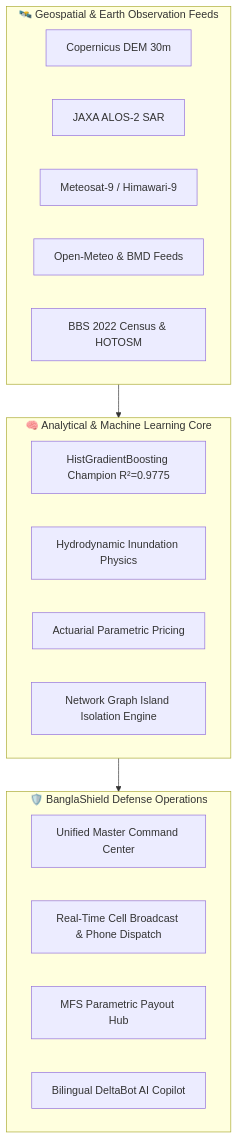
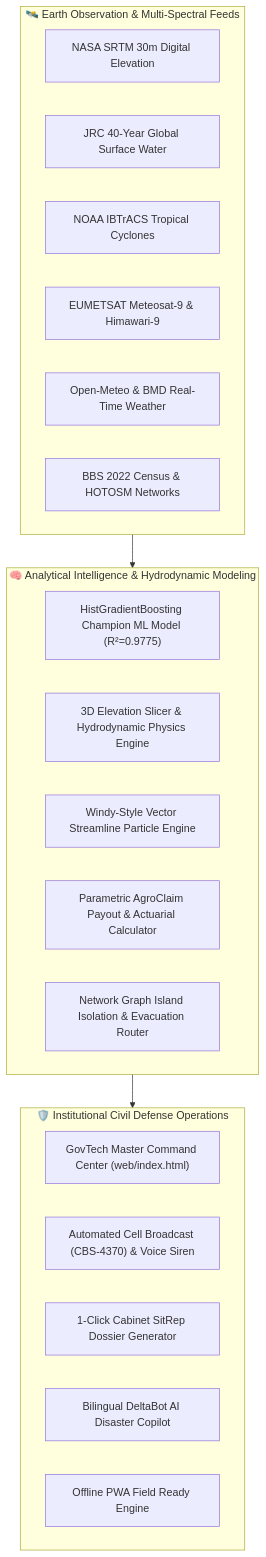
The diagram in README.md (ReaduanulFaridFahim/climate-risk-urban-flood-intelligence), drawn with Mermaid before and after one commit. The commit also changed other lines of this file, not shown here.

Commit message:
docs: overhaul README with live demo badges, 3D elevation sandbox, and wind particle engine documentation

````diff
--- a/README.md
+++ b/README.md
@@ -63,27 +86,30 @@
 ```mermaid
 flowchart TD
-    subgraph DataSources["🛰️ Geospatial & Earth Observation Feeds"]
-        A1[Copernicus DEM 30m]
-        A2[JAXA ALOS-2 SAR]
-        A3[Meteosat-9 / Himawari-9]
-        A4[Open-Meteo & BMD Feeds]
-        A5[BBS 2022 Census & HOTOSM]
+    subgraph DataFeeds["🛰️ Earth Observation & Multi-Spectral Feeds"]
+        A1["NASA SRTM 30m Digital Elevation"]
+        A2["JRC 40-Year Global Surface Water"]
+        A3["NOAA IBTrACS Tropical Cyclones"]
+        A4["EUMETSAT Meteosat-9 & Himawari-9"]
+        A5["Open-Meteo & BMD Real-Time Weather"]
+        A6["BBS 2022 Census & HOTOSM Networks"]
     end
 
-    subgraph Analytics["🧠 Analytical & Machine Learning Core"]
-        B1[HistGradientBoosting Champion R²=0.9775]
-        B2[Hydrodynamic Inundation Physics]
-        B3[Actuarial Parametric Pricing]
-        B4[Network Graph Island Isolation Engine]
+    subgraph CoreEngine["🧠 Analytical Intelligence & Hydrodynamic Modeling"]
+        B1["HistGradientBoosting Champion ML Model (R²=0.9775)"]
+        B2["3D Elevation Slicer & Hydrodynamic Physics Engine"]
+        B3["Windy-Style Vector Streamline Particle Engine"]
+        B4["Parametric AgroClaim Payout & Actuarial Calculator"]
+        B5["Network Graph Island Isolation & Evacuation Router"]
     end
 
-    subgraph Operations["🛡️ BanglaShield Defense Operations"]
-        C1[Unified Master Command Center]
-        C2[Real-Time Cell Broadcast & Phone Dispatch]
-        C3[MFS Parametric Payout Hub]
-        C4[Bilingual DeltaBot AI Copilot]
+    subgraph Operations["🛡️ Institutional Civil Defense Operations"]
+        C1["GovTech Master Command Center (web/index.html)"]
+        C2["Automated Cell Broadcast (CBS-4370) & Voice Siren"]
+        C3["1-Click Cabinet SitRep Dossier Generator"]
+        C4["Bilingual DeltaBot AI Disaster Copilot"]
+        C5["Offline PWA Field Ready Engine"]
     end
 
-    DataSources --> Analytics
-    Analytics --> Operations
+    DataFeeds --> CoreEngine
+    CoreEngine --> Operations
 ```
````
